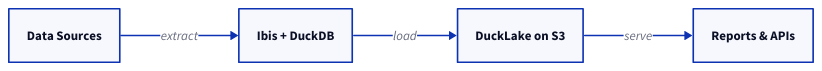
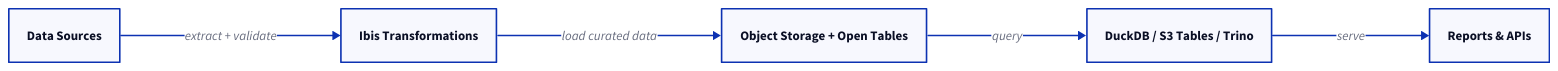
One commit to wagov-dtt/architecture-decision-records changed the diagram in reference-architectures/data-pipelines.md. Above: the diagram before and after it, drawn with D2. The commit also changed other lines of this file and 11 other files, not shown here.

````diff
--- a/reference-architectures/data-pipelines.md
+++ b/reference-architectures/data-pipelines.md
@@ -19,12 +27,14 @@
 ```d2
 direction: right
 
 sources: Data Sources
-transform: Ibis + DuckDB
-storage: DuckLake on S3
+transform: Ibis Transformations
+storage: Object Storage + Open Tables
+access: DuckDB / S3 Tables / Trino
 output: Reports & APIs
 
-sources -> transform: extract
-transform -> storage: load
-storage -> output: serve
+sources -> transform: extract + validate
+transform -> storage: load curated data
+storage -> access: query
+access -> output: serve
 ```
````
